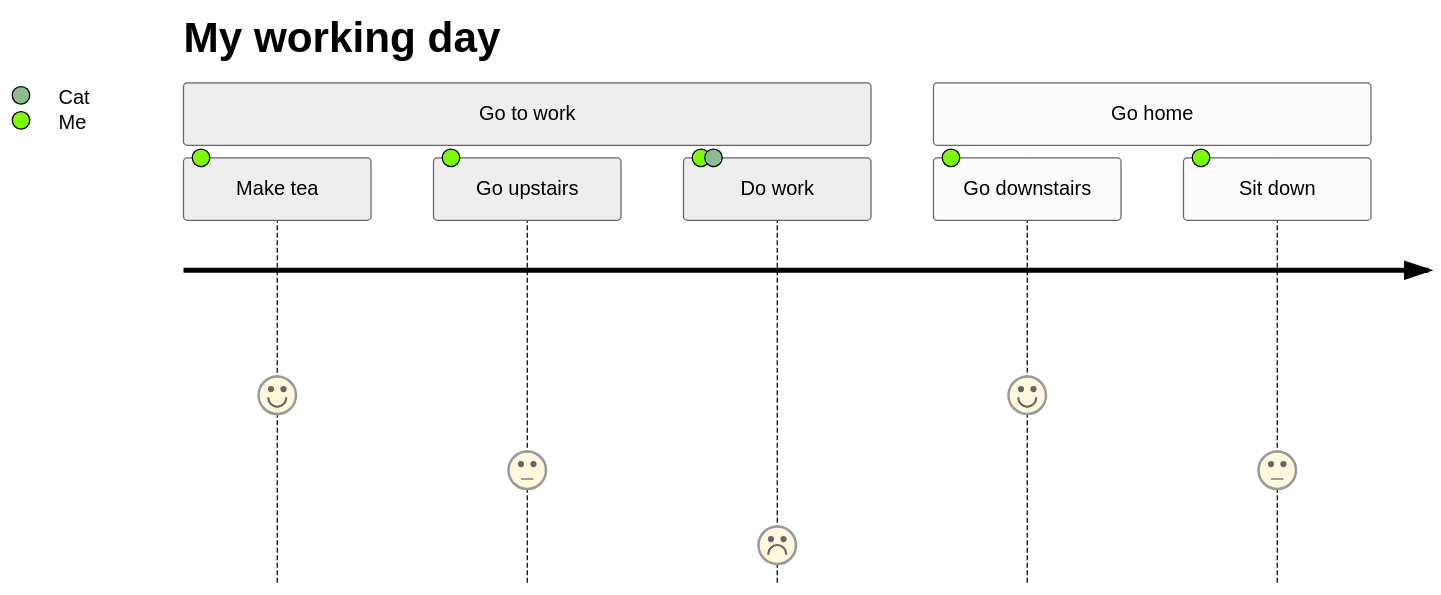
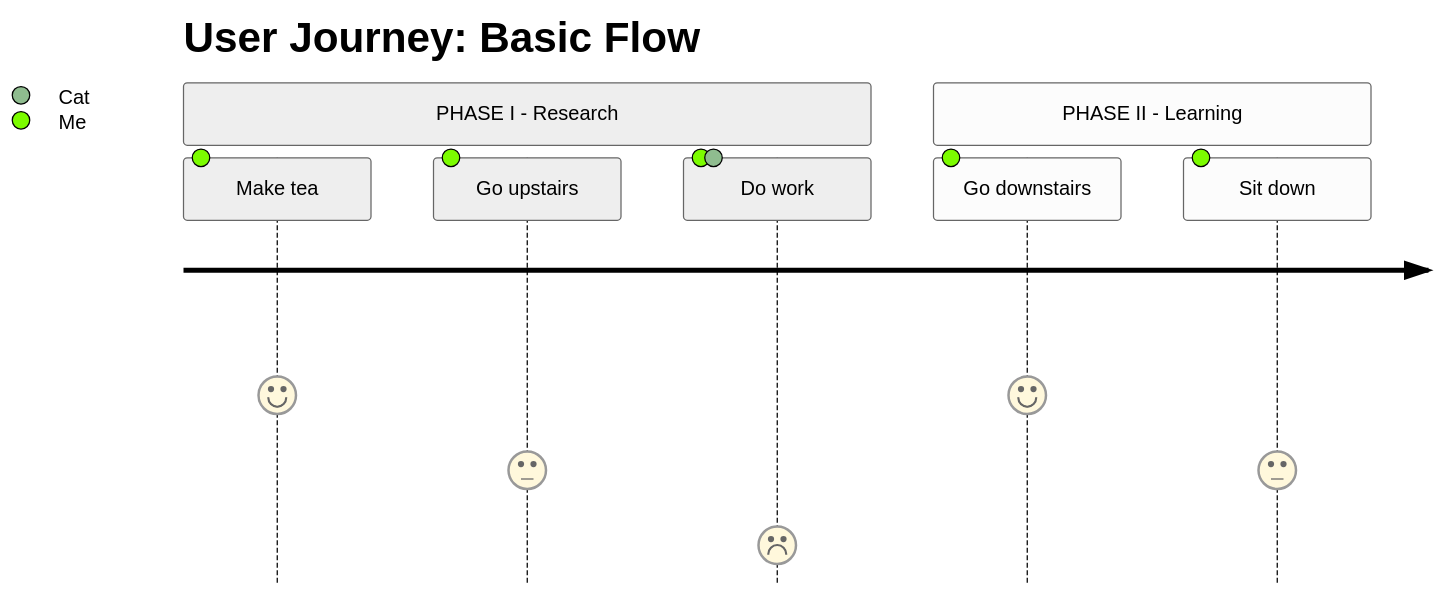
One commit to vanHeemstraSystems/-learning-security-cyber-security changed the diagram in basic-flow.qmd. Above: the diagram before and after it, drawn with Mermaid (neutral theme).

````diff
--- a/basic-flow.qmd
+++ b/basic-flow.qmd
@@ -7,11 +7,11 @@
 ```{mermaid}
 journey
-    title My working day
-    section Go to work
+    title User Journey: Basic Flow
+    section PHASE I - Research
       Make tea: 5: Me
       Go upstairs: 3: Me
       Do work: 1: Me, Cat
-    section Go home
+    section PHASE II - Learning
       Go downstairs: 5: Me
       Sit down: 3: Me
 ```      
````
